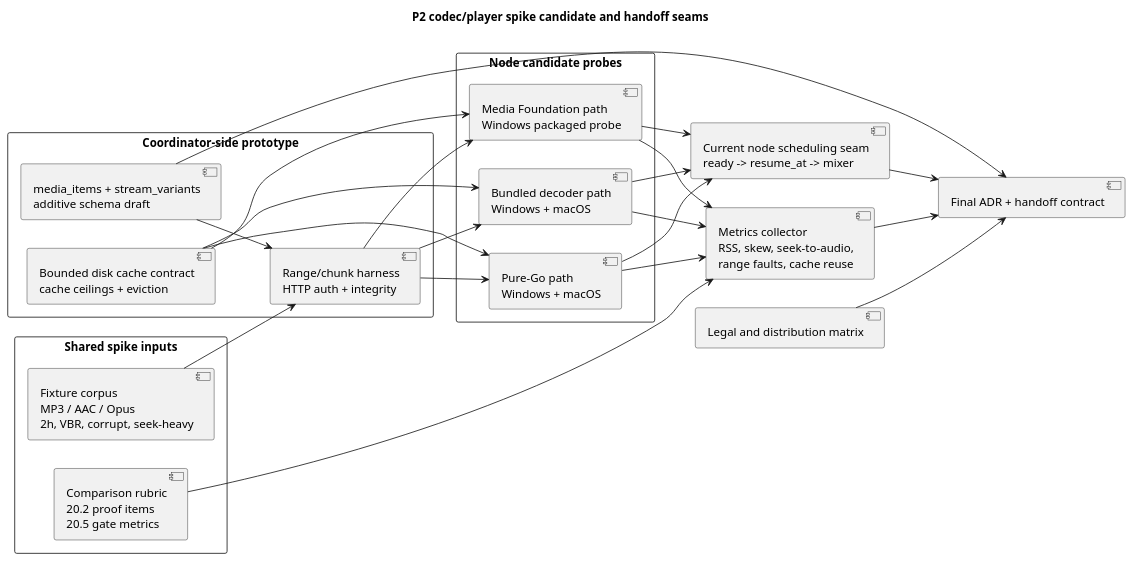
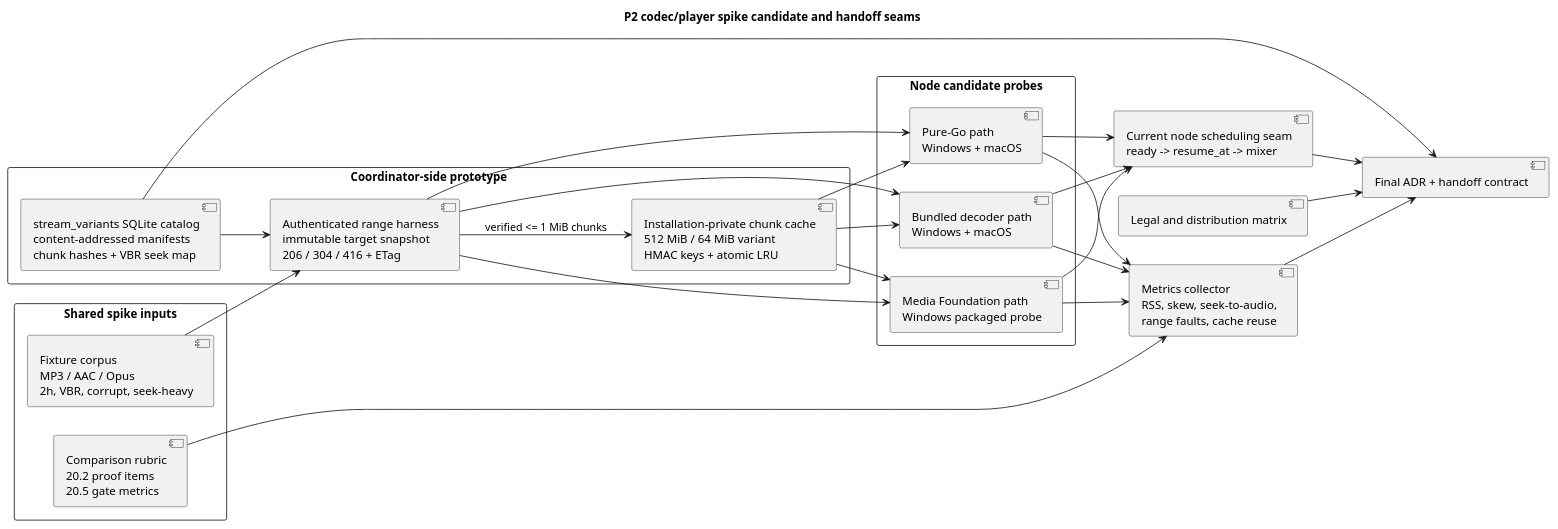
Before and after one commit to relux-works/barycenter: the diagram in docs/diagrams/p2-codec-player-spike-components.puml, drawn with PlantUML. The commit also changed 6 other files, not shown here.

Commit message:
feat: prototype stream range and cache contract

```diff
--- a/docs/diagrams/p2-codec-player-spike-components.puml
+++ b/docs/diagrams/p2-codec-player-spike-components.puml
@@ -1,48 +1,49 @@
 @startuml
 title P2 codec/player spike candidate and handoff seams
 left to right direction
 skinparam packageStyle rectangle
 
 package "Shared spike inputs" {
   component "Fixture corpus\nMP3 / AAC / Opus\n2h, VBR, corrupt, seek-heavy" as Fixtures
   component "Comparison rubric\n20.2 proof items\n20.5 gate metrics" as Rubric
 }
 
 package "Coordinator-side prototype" {
-  component "media_items + stream_variants\nadditive schema draft" as Variants
-  component "Range/chunk harness\nHTTP auth + integrity" as RangeHarness
-  component "Bounded disk cache contract\ncache ceilings + eviction" as CacheContract
+  component "stream_variants SQLite catalog\ncontent-addressed manifests\nchunk hashes + VBR seek map" as Variants
+  component "Authenticated range harness\nimmutable target snapshot\n206 / 304 / 416 + ETag" as RangeHarness
+  component "Installation-private chunk cache\n512 MiB / 64 MiB variant\nHMAC keys + atomic LRU" as CacheContract
 }
 
 package "Node candidate probes" {
   component "Pure-Go path\nWindows + macOS" as PureGo
   component "Media Foundation path\nWindows packaged probe" as MF
   component "Bundled decoder path\nWindows + macOS" as Bundled
 }
 
 component "Current node scheduling seam\nready -> resume_at -> mixer" as Scheduler
 component "Metrics collector\nRSS, skew, seek-to-audio,\nrange faults, cache reuse" as Metrics
 component "Legal and distribution matrix" as Legal
 component "Final ADR + handoff contract" as ADR
 
 Fixtures --> RangeHarness
 Rubric --> Metrics
 Variants --> RangeHarness
+RangeHarness --> CacheContract : verified <= 1 MiB chunks
 CacheContract --> PureGo
 CacheContract --> MF
 CacheContract --> Bundled
 RangeHarness --> PureGo
 RangeHarness --> MF
 RangeHarness --> Bundled
 PureGo --> Scheduler
 MF --> Scheduler
 Bundled --> Scheduler
 PureGo --> Metrics
 MF --> Metrics
 Bundled --> Metrics
 Legal --> ADR
 Metrics --> ADR
 Variants --> ADR
 Scheduler --> ADR
 
 @enduml
```
